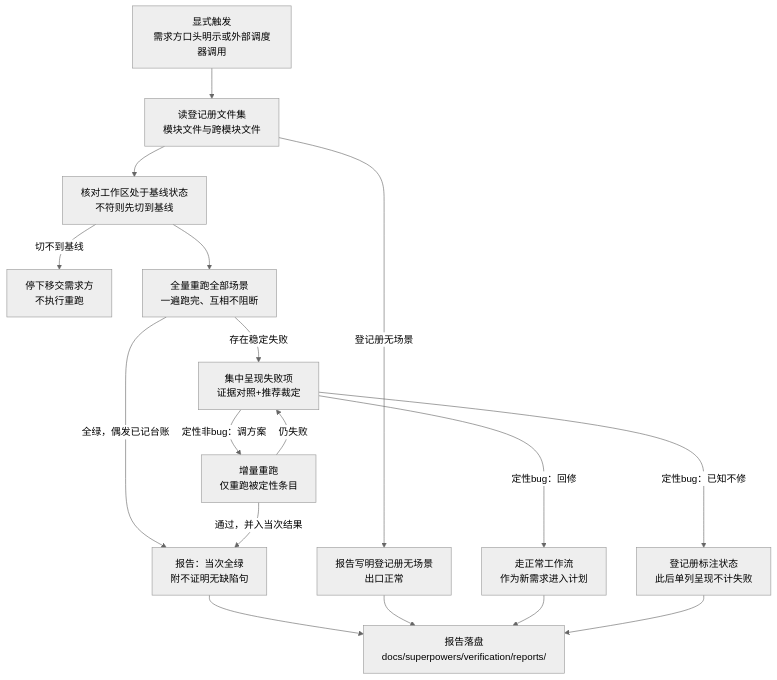
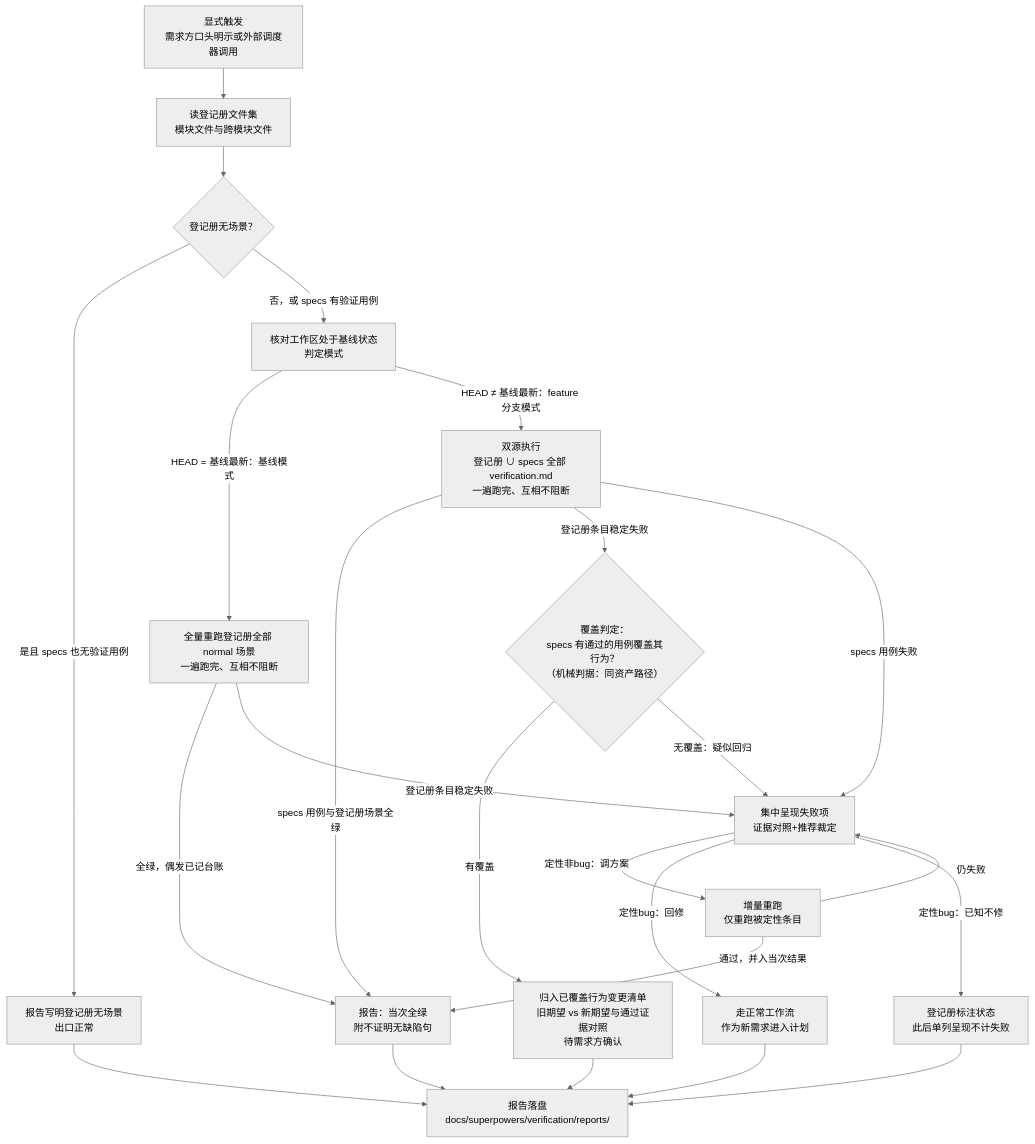
Before and after one commit to chuxiao/superpowers: the diagram in skills/regression-sweep/SKILL.md, drawn with Mermaid (neutral theme). The commit also changed other lines of this file and 2 other files, not shown here.

````diff
--- a/skills/regression-sweep/SKILL.md
+++ b/skills/regression-sweep/SKILL.md
@@ -12,19 +12,26 @@
 ```mermaid
 flowchart TD
     TR["显式触发<br/>需求方口头明示或外部调度器调用"] --> RD["读登记册文件集<br/>模块文件与跨模块文件"]
-    RD -->|"登记册无场景"| EMPTY["报告写明登记册无场景<br/>出口正常"]
-    RD --> BASE["核对工作区处于基线状态<br/>不符则先切到基线"]
-    BASE -->|"切不到基线"| STOP["停下移交需求方<br/>不执行重跑"]
-    BASE --> RUN["全量重跑全部场景<br/>一遍跑完、互相不阻断"]
+    RD --> EMPTYC{"登记册无场景？"}
+    EMPTYC -->|"是且 specs 也无验证用例"| EMPTY["报告写明登记册无场景<br/>出口正常"]
+    EMPTYC -->|"否，或 specs 有验证用例"| BASE["核对工作区处于基线状态<br/>判定模式"]
+    BASE -->|"HEAD = 基线最新：基线模式"| RUN["全量重跑登记册全部 normal 场景<br/>一遍跑完、互相不阻断"]
+    BASE -->|"HEAD ≠ 基线最新：feature 分支模式"| DUAL["双源执行<br/>登记册 ∪ specs 全部 verification.md<br/>一遍跑完、互相不阻断"]
     RUN -->|"全绿，偶发已记台账"| GREEN["报告：当次全绿<br/>附不证明无缺陷句"]
-    RUN -->|"存在稳定失败"| ALL["集中呈现失败项<br/>证据对照+推荐裁定"]
+    RUN -->|"登记册条目稳定失败"| ALL["集中呈现失败项<br/>证据对照+推荐裁定"]
+    DUAL -->|"specs 用例与登记册场景全绿"| GREEN
+    DUAL -->|"登记册条目稳定失败"| CLS{"覆盖判定：<br/>specs 有通过的用例覆盖其行为？<br/>（机械判据：同资产路径）"}
+    CLS -->|"有覆盖"| COVERED["归入已覆盖行为变更清单<br/>旧期望 vs 新期望与通过证据对照<br/>待需求方确认"]
+    CLS -->|"无覆盖：疑似回归"| ALL
+    DUAL -->|"specs 用例失败"| ALL
     ALL -->|"定性非bug：调方案"| INC["增量重跑<br/>仅重跑被定性条目"]
     INC -->|"仍失败"| ALL
     INC -->|"通过，并入当次结果"| GREEN
     ALL -->|"定性bug：回修"| FLOW["走正常工作流<br/>作为新需求进入计划"]
     ALL -->|"定性bug：已知不修"| KNOWN["登记册标注状态<br/>此后单列呈现不计失败"]
     GREEN --> OUT["报告落盘<br/>docs/superpowers/verification/reports/"]
     EMPTY --> OUT
+    COVERED --> OUT
     FLOW --> OUT
     KNOWN --> OUT
 ```
````
